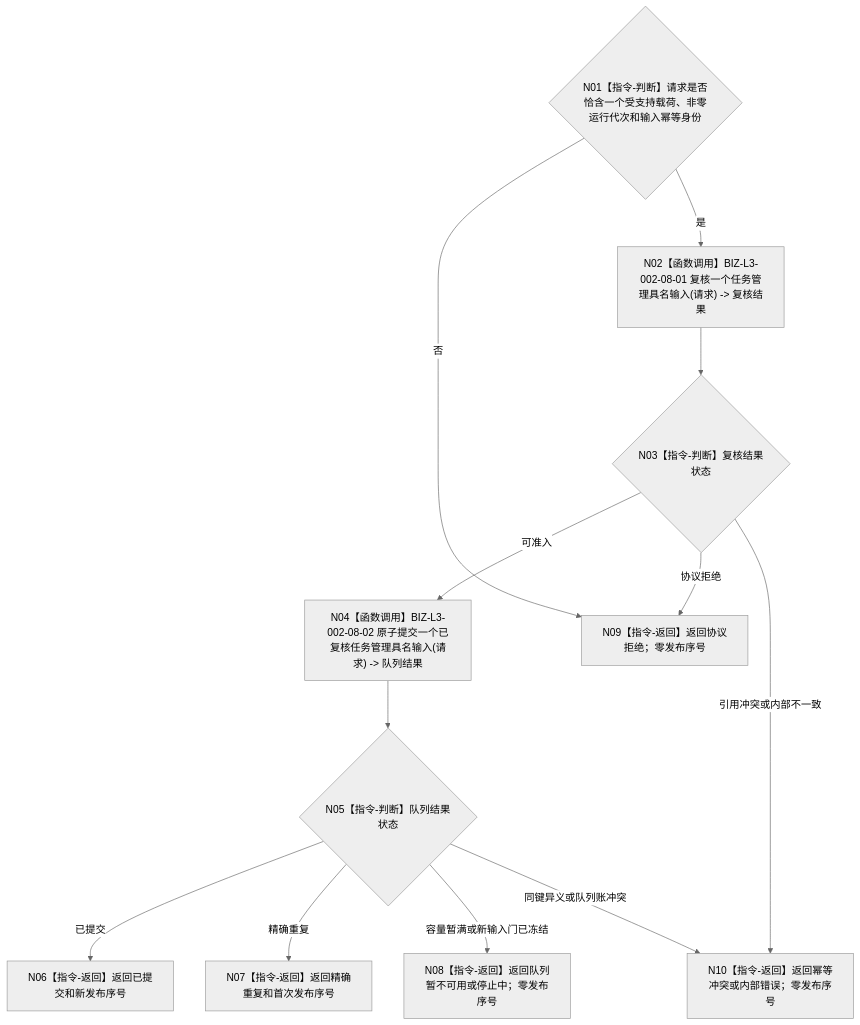
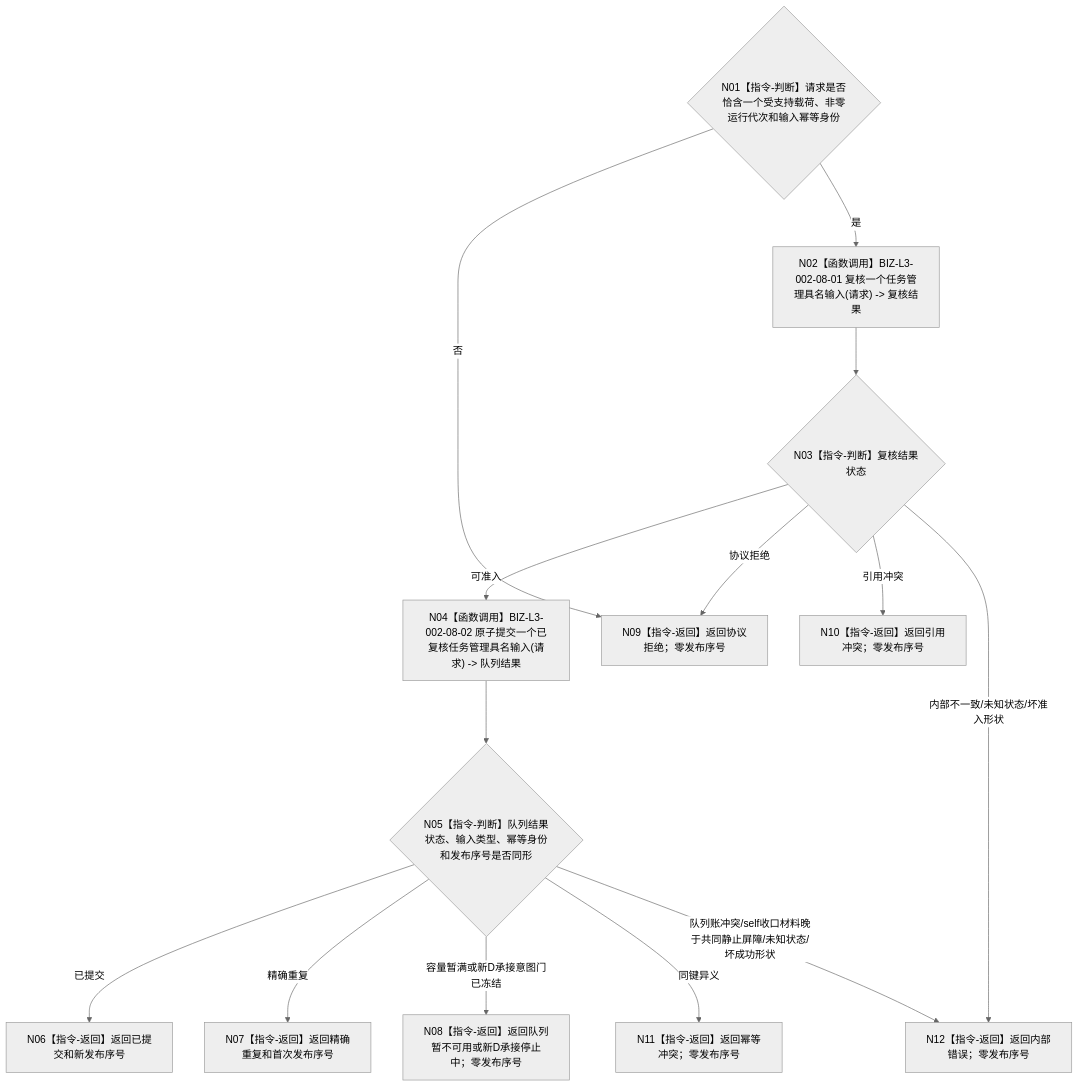
One commit to chunhaizh-cyber/HY-Ego changed the diagram in 流程图/目标业务流程图/L2/BIZ-L2-002-08_提交一个任务管理具名输入_目标函数流程图_v0.2.md. Above: the diagram before and after it, drawn with Mermaid (neutral theme). The commit also changed other lines of this file and 3 other files, not shown here.

````diff
--- a/流程图/目标业务流程图/L2/BIZ-L2-002-08_提交一个任务管理具名输入_目标函数流程图_v0.2.md
+++ b/流程图/目标业务流程图/L2/BIZ-L2-002-08_提交一个任务管理具名输入_目标函数流程图_v0.2.md
@@ -39,23 +39,27 @@
 ```mermaid
 flowchart TD
     N01{"N01【指令-判断】请求是否恰含一个受支持载荷、非零运行代次和输入幂等身份"}
     N02["N02【函数调用】BIZ-L3-002-08-01 复核一个任务管理具名输入(请求) -> 复核结果"]
     N03{"N03【指令-判断】复核结果状态"}
     N04["N04【函数调用】BIZ-L3-002-08-02 原子提交一个已复核任务管理具名输入(请求) -> 队列结果"]
-    N05{"N05【指令-判断】队列结果状态"}
+    N05{"N05【指令-判断】队列结果状态、输入类型、幂等身份和发布序号是否同形"}
     N06["N06【指令-返回】返回已提交和新发布序号"]
     N07["N07【指令-返回】返回精确重复和首次发布序号"]
-    N08["N08【指令-返回】返回队列暂不可用或停止中；零发布序号"]
+    N08["N08【指令-返回】返回队列暂不可用或新D承接停止中；零发布序号"]
     N09["N09【指令-返回】返回协议拒绝；零发布序号"]
-    N10["N10【指令-返回】返回幂等冲突或内部错误；零发布序号"]
+    N10["N10【指令-返回】返回引用冲突；零发布序号"]
+    N11["N11【指令-返回】返回幂等冲突；零发布序号"]
+    N12["N12【指令-返回】返回内部错误；零发布序号"]
 
     N01 -->|否| N09
     N01 -->|是| N02 --> N03
     N03 -->|可准入| N04 --> N05
     N03 -->|协议拒绝| N09
-    N03 -->|引用冲突或内部不一致| N10
+    N03 -->|引用冲突| N10
+    N03 -->|内部不一致/未知状态/坏准入形状| N12
     N05 -->|已提交| N06
     N05 -->|精确重复| N07
-    N05 -->|容量暂满或新输入门已冻结| N08
-    N05 -->|同键异义或队列账冲突| N10
+    N05 -->|容量暂满或新D承接意图门已冻结| N08
+    N05 -->|同键异义| N11
+    N05 -->|队列账冲突/self收口材料晚于共同静止屏障/未知状态/坏成功形状| N12
 ```
````
